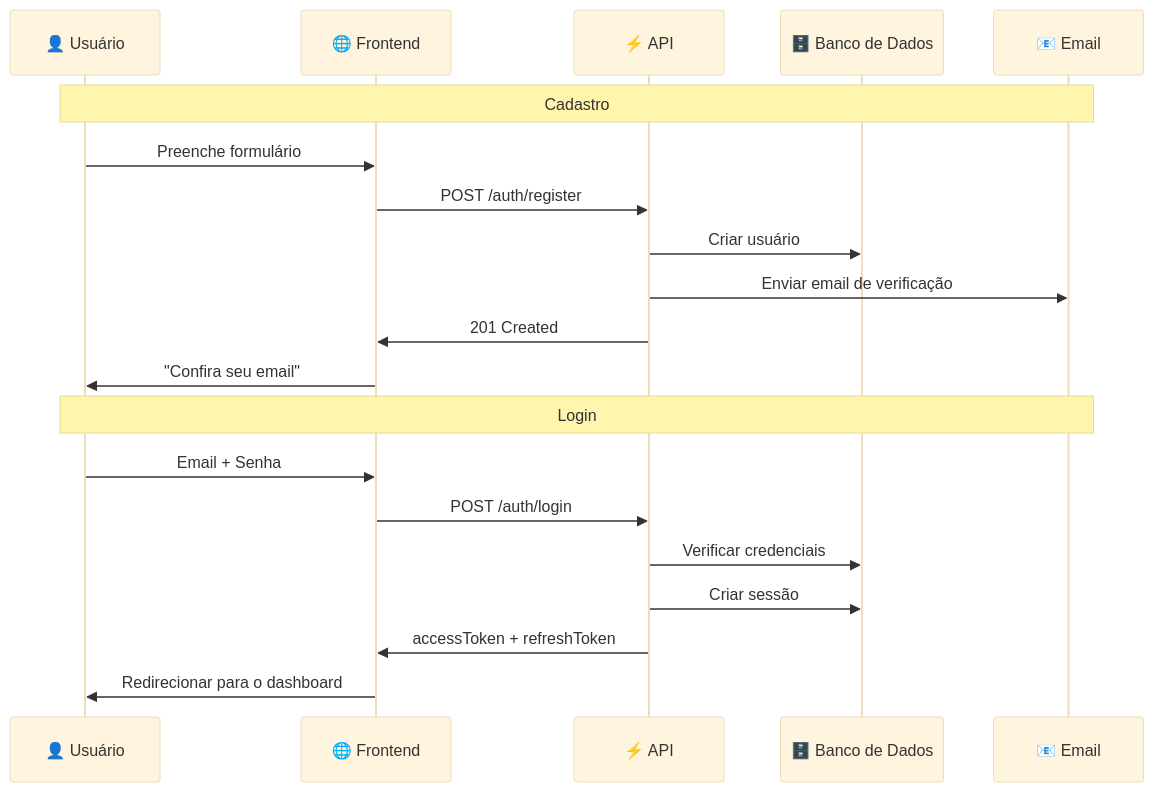
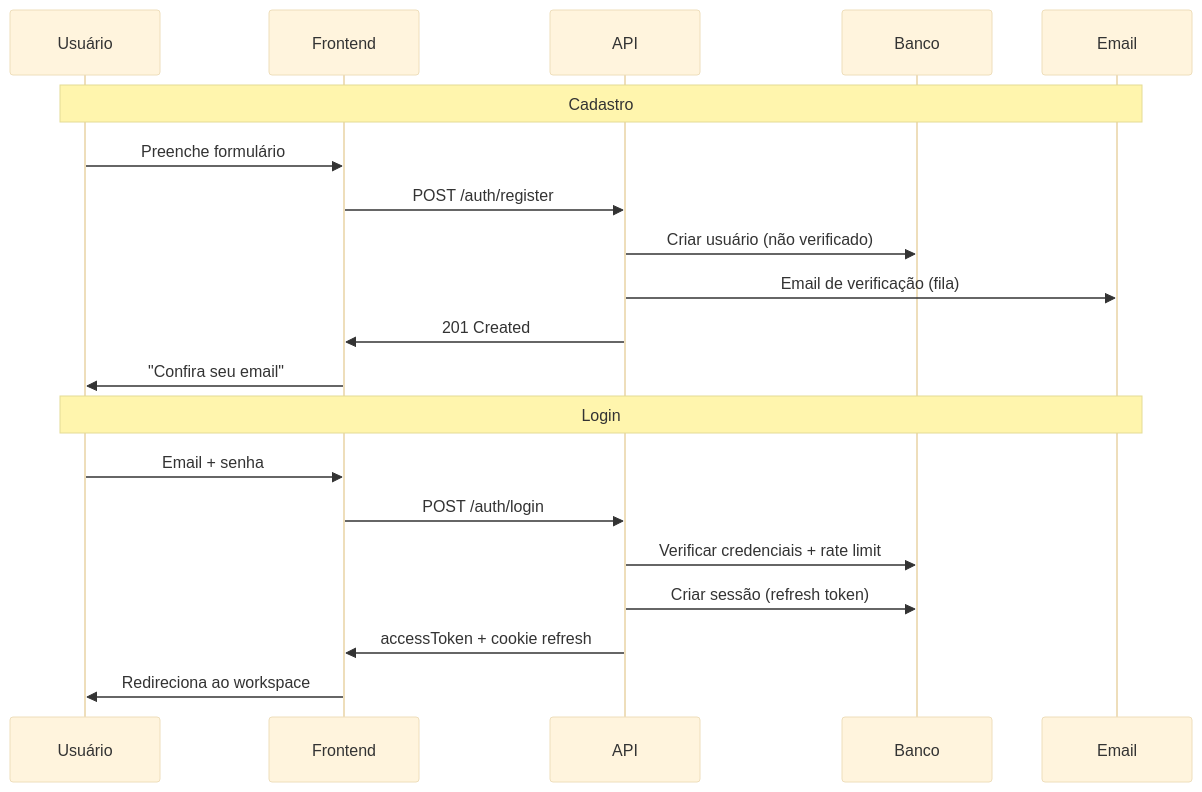
The seventh of 15 diagrams in BOOK.pt-BR.md (felipefontoura/spec-driven-development-book), drawn with Mermaid (base theme) before and after one commit. The commit also changed other lines of this file and 4 other files, not shown here.

````diff
--- a/BOOK.pt-BR.md
+++ b/BOOK.pt-BR.md
@@ -811,24 +1141,24 @@
 ```mermaid
 sequenceDiagram
-    participant U as 👤 Usuário
-    participant F as 🌐 Frontend
-    participant A as ⚡ API
-    participant D as 🗄️ Banco de Dados
-    participant E as 📧 Email
+    participant U as Usuário
+    participant F as Frontend
+    participant A as API
+    participant D as Banco
+    participant E as Email
 
     Note over U,E: Cadastro
     U->>F: Preenche formulário
     F->>A: POST /auth/register
-    A->>D: Criar usuário
-    A->>E: Enviar email de verificação
+    A->>D: Criar usuário (não verificado)
+    A->>E: Email de verificação (fila)
     A->>F: 201 Created
     F->>U: "Confira seu email"
 
     Note over U,E: Login
-    U->>F: Email + Senha
+    U->>F: Email + senha
     F->>A: POST /auth/login
-    A->>D: Verificar credenciais
-    A->>D: Criar sessão
-    A->>F: accessToken + refreshToken
-    F->>U: Redirecionar para o dashboard
+    A->>D: Verificar credenciais + rate limit
+    A->>D: Criar sessão (refresh token)
+    A->>F: accessToken + cookie refresh
+    F->>U: Redireciona ao workspace
 ```
````
